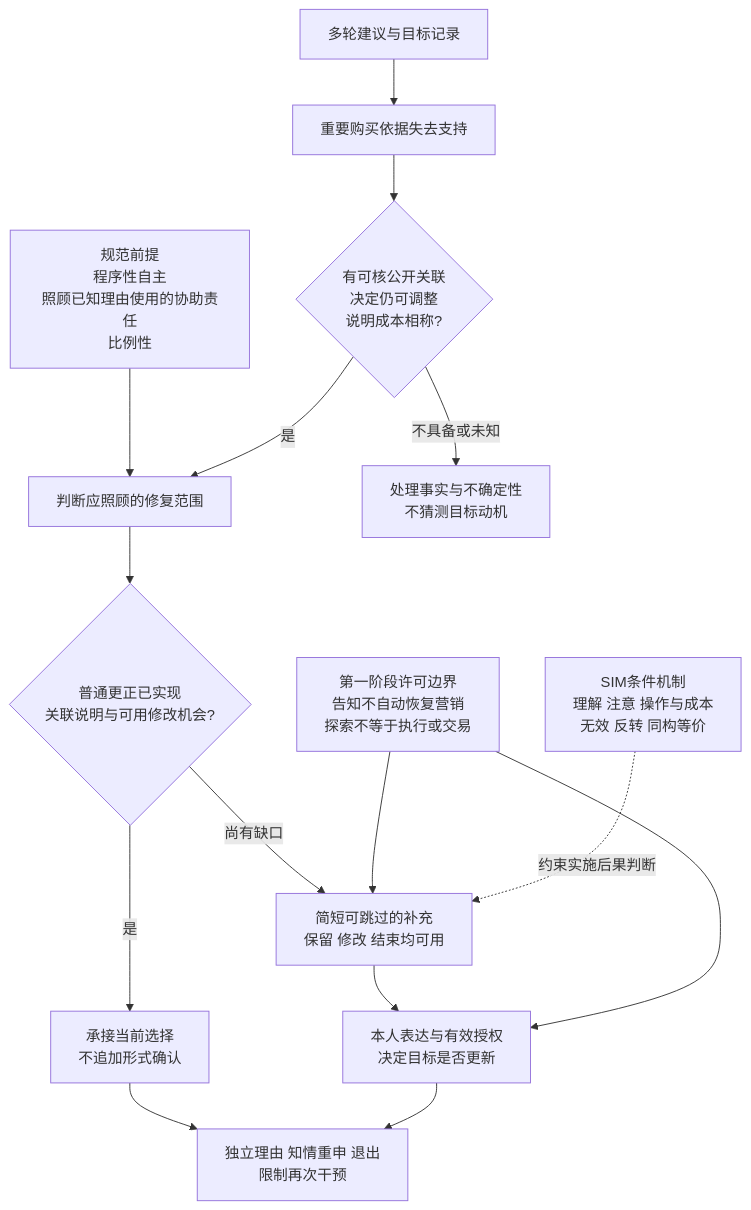
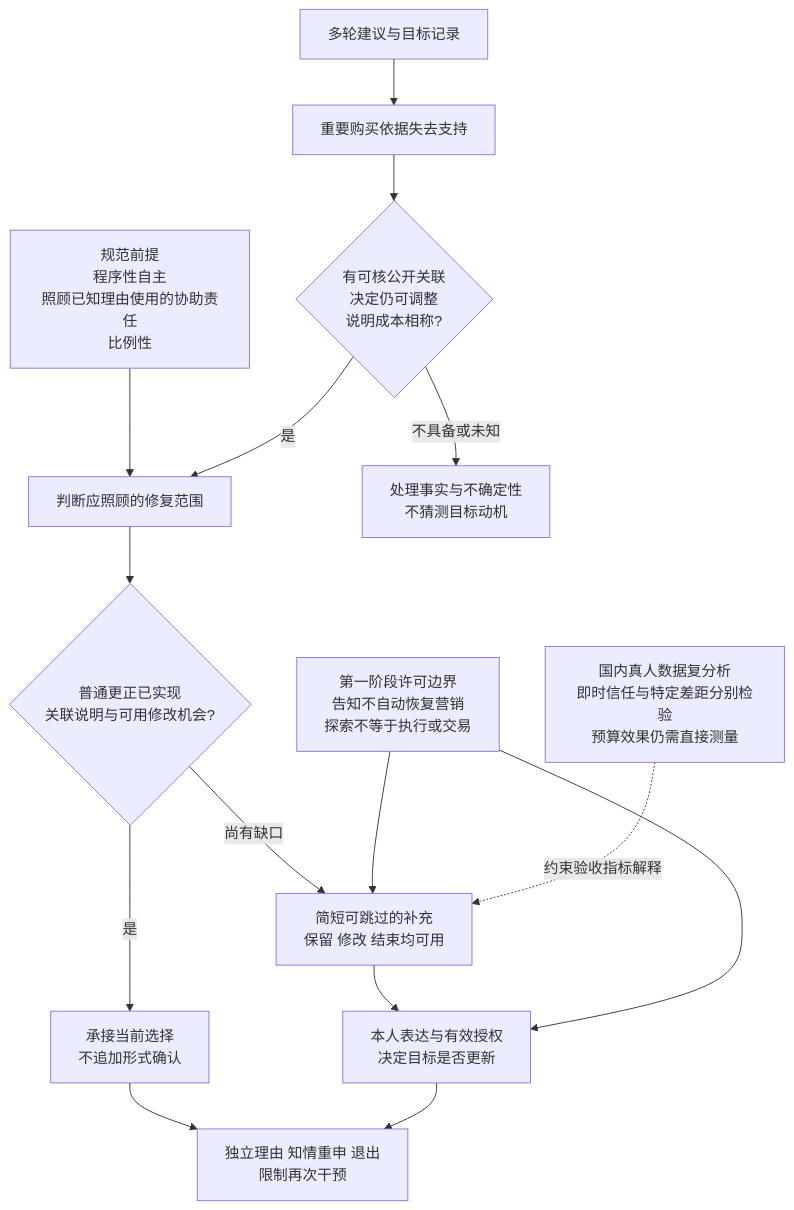
Before and after one commit to zyj123-ENG/AI-: the diagram in research/phase2_argument_blueprint_20261029/逻辑图.mmd, drawn with Mermaid. The commit also changed 249 other files, not shown here.

```diff
--- a/research/phase2_argument_blueprint_20261029/逻辑图.mmd
+++ b/research/phase2_argument_blueprint_20261029/逻辑图.mmd
@@ -1,15 +1,15 @@
 flowchart TD
     A[多轮建议与目标记录] --> B[重要购买依据失去支持]
     B --> C{有可核公开关联<br/>决定仍可调整<br/>说明成本相称?}
     P[规范前提<br/>程序性自主<br/>照顾已知理由使用的协助责任<br/>比例性] --> D[判断应照顾的修复范围]
     C -->|是| D
     C -->|不具备或未知| X[处理事实与不确定性<br/>不猜测目标动机]
     D --> E{普通更正已实现<br/>关联说明与可用修改机会?}
     E -->|是| F[承接当前选择<br/>不追加形式确认]
     E -->|尚有缺口| G[简短可跳过的补充<br/>保留 修改 结束均可用]
     G --> H[本人表达与有效授权<br/>决定目标是否更新]
     F --> I[独立理由 知情重申 退出<br/>限制再次干预]
     H --> I
     J[第一阶段许可边界<br/>告知不自动恢复营销<br/>探索不等于执行或交易] --> G
     J --> H
-    K[SIM条件机制<br/>理解 注意 操作与成本<br/>无效 反转 同构等价] -.约束实施后果判断.-> G
+    K[国内真人数据复分析<br/>即时信任与特定差距分别检验<br/>预算效果仍需直接测量] -.约束验收指标解释.-> G
```
